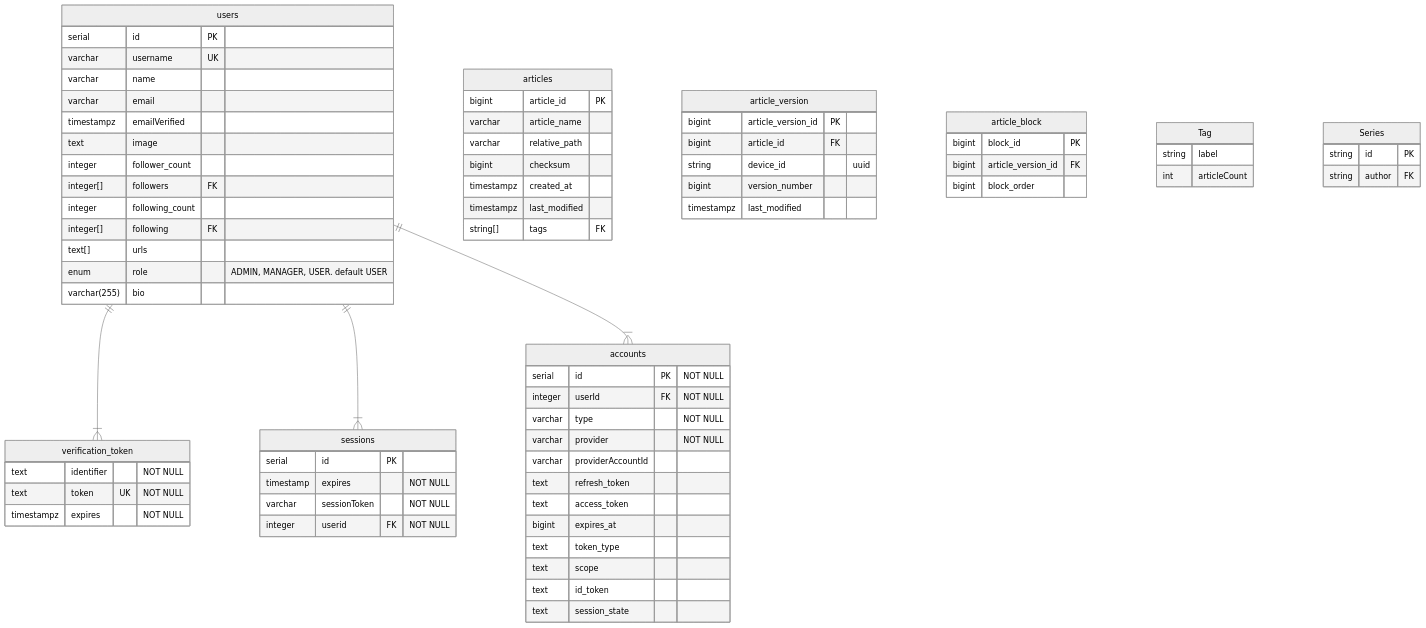
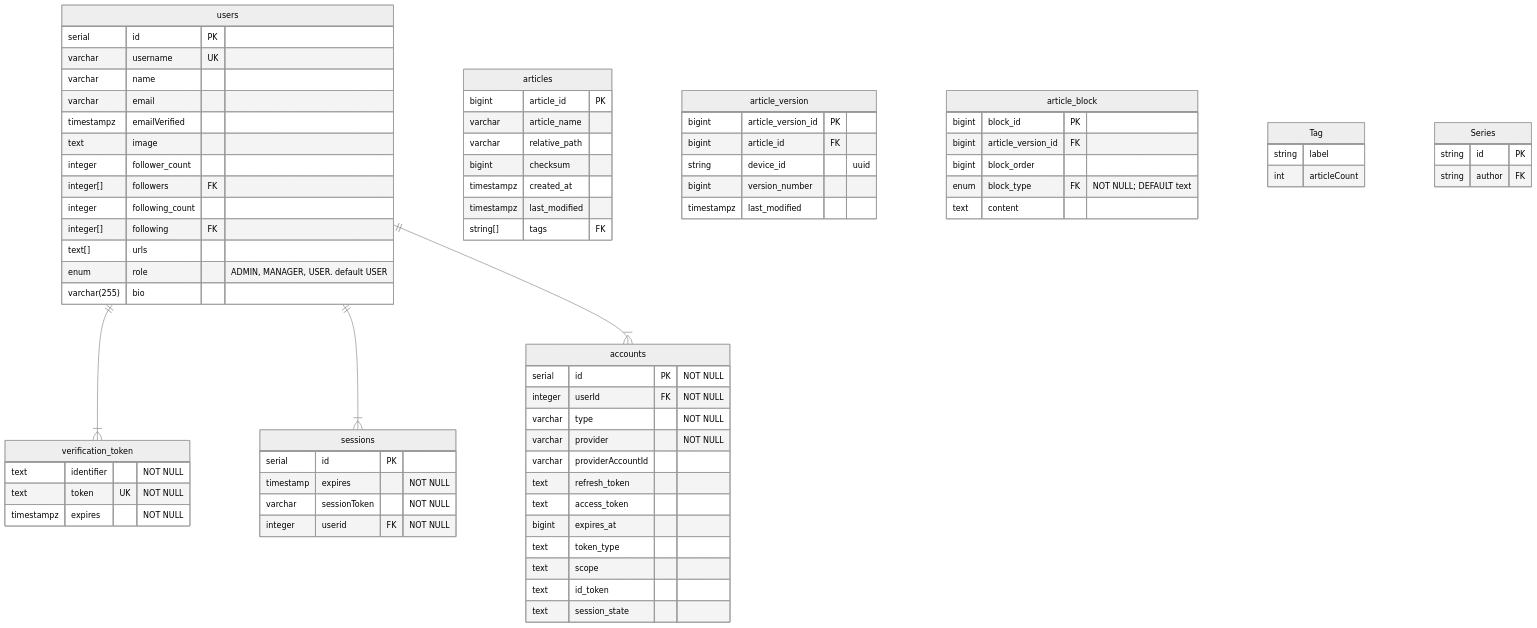
The sixth of 6 diagrams in Capstone/Diagrams.md (4ry1337/my-obsidian), drawn with Mermaid (neutral theme) before and after one commit.

Commit message:
vault backup: 2024-01-18 10:03:04

```diff
--- a/Capstone/Diagrams.md
+++ b/Capstone/Diagrams.md
@@ -293,7 +293,10 @@
 	bigint block_id PK
 	bigint article_version_id FK
 	bigint block_order
+	enum block_type FK "NOT NULL; DEFAULT text"
+	text content
 }
+
 Tag {
 	string label
 	int articleCount
```
